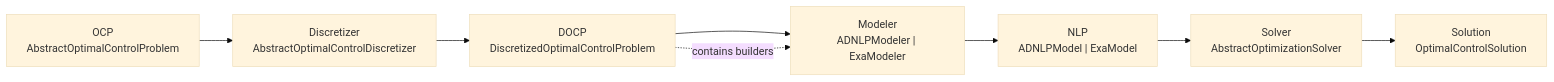
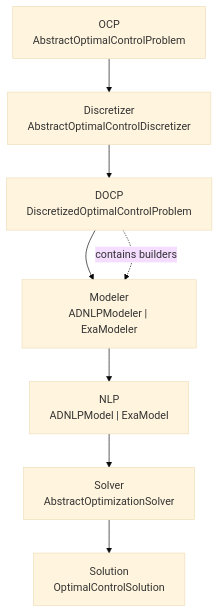
One commit to control-toolbox/CTModels.jl changed the diagram in reports/2026-01-27_DOCP/analysis/00_docp_architecture_audit.md. Above: the diagram before and after it, drawn with Mermaid (base theme).

Commit message:
docs: improve Mermaid diagram readability in DOCP audit

````diff
--- a/reports/2026-01-27_DOCP/analysis/00_docp_architecture_audit.md
+++ b/reports/2026-01-27_DOCP/analysis/00_docp_architecture_audit.md
@@ -43,13 +43,19 @@
 ```mermaid
-flowchart LR
+flowchart TD
     OCP["OCP<br/>AbstractOptimalControlProblem"] 
     DISC["Discretizer<br/>AbstractOptimalControlDiscretizer"]
     DOCP["DOCP<br/>DiscretizedOptimalControlProblem"]
     MOD["Modeler<br/>ADNLPModeler | ExaModeler"]
     NLP["NLP<br/>ADNLPModel | ExaModel"]
     SOLV["Solver<br/>AbstractOptimizationSolver"]
     SOL["Solution<br/>OptimalControlSolution"]
 
-    OCP --> DISC --> DOCP --> MOD --> NLP --> SOLV --> SOL
+    OCP  --> DISC
+    DISC --> DOCP
+    DOCP --> MOD
+    MOD  --> NLP
+    NLP  --> SOLV
+    SOLV --> SOL
+
     DOCP -.->|"contains builders"| MOD
 ```
````
